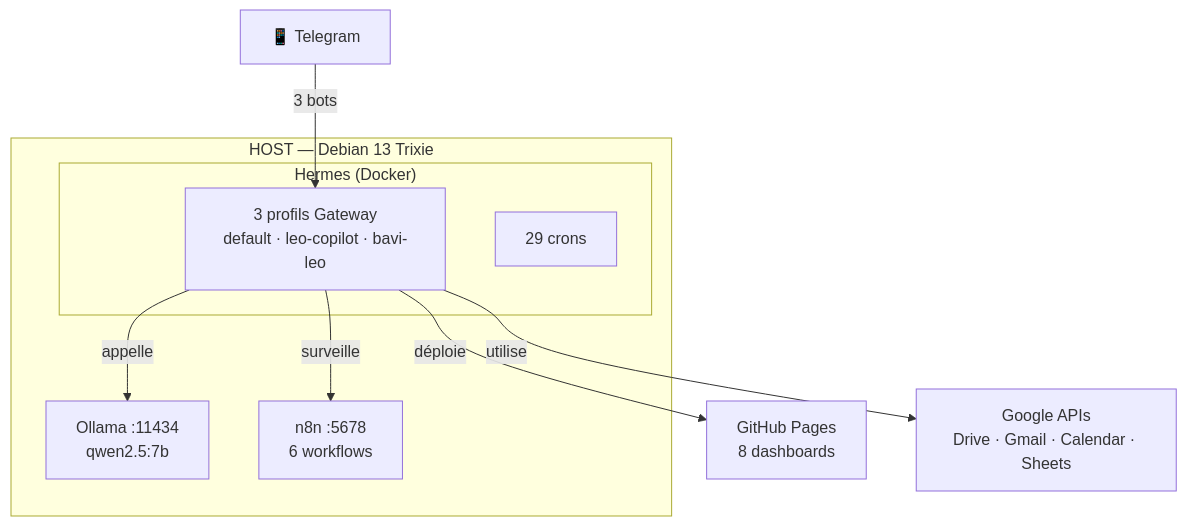
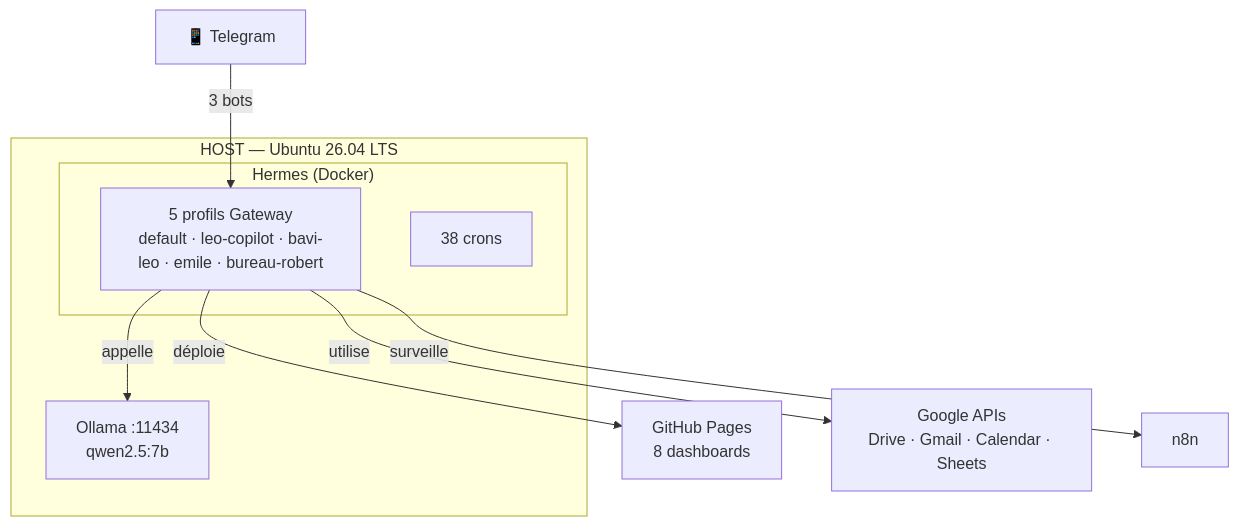
One commit to christophedanhier-hash/hermes-wiki changed the diagram in docs/hermes/installation/linux.md. Above: the diagram before and after it, drawn with Mermaid. The commit also changed 19 other files, not shown here.

````diff
--- a/docs/hermes/installation/linux.md
+++ b/docs/hermes/installation/linux.md
@@ -127,17 +127,16 @@
 ```mermaid
 graph TB
-    subgraph HOST["HOST — Debian 13 Trixie"]
+    subgraph HOST["HOST — Ubuntu 26.04 LTS"]
         Ollama["Ollama :11434<br/>qwen2.5:7b"]
-        n8n["n8n :5678<br/>6 workflows"]
         subgraph Docker["Hermes (Docker)"]
-            GW["3 profils Gateway<br/>default · leo-copilot · bavi-leo"]
-            Crons["29 crons"]
+            GW["5 profils Gateway<br/>default · leo-copilot · bavi-leo · emile · bureau-robert"]
+            Crons["38 crons"]
         end
     end
     
     Telegram["📱 Telegram"] -->|"3 bots"| GW
     GW -->|"déploie"| GH["GitHub Pages<br/>8 dashboards"]
     GW -->|"utilise"| Google["Google APIs<br/>Drive · Gmail · Calendar · Sheets"]
     GW -->|"appelle"| Ollama
     GW -->|"surveille"| n8n
 ```
````
